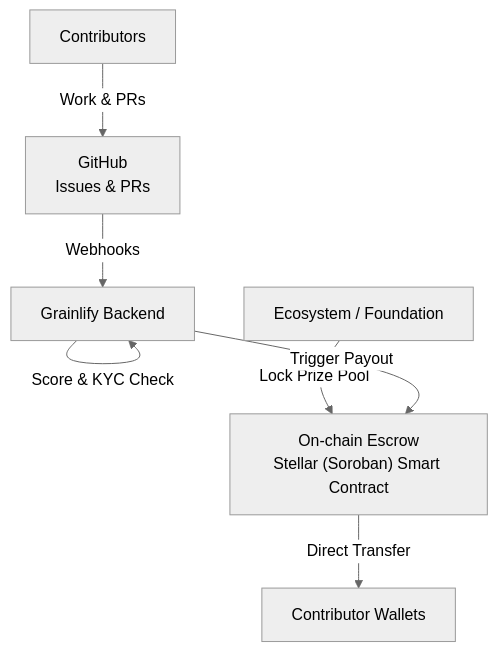
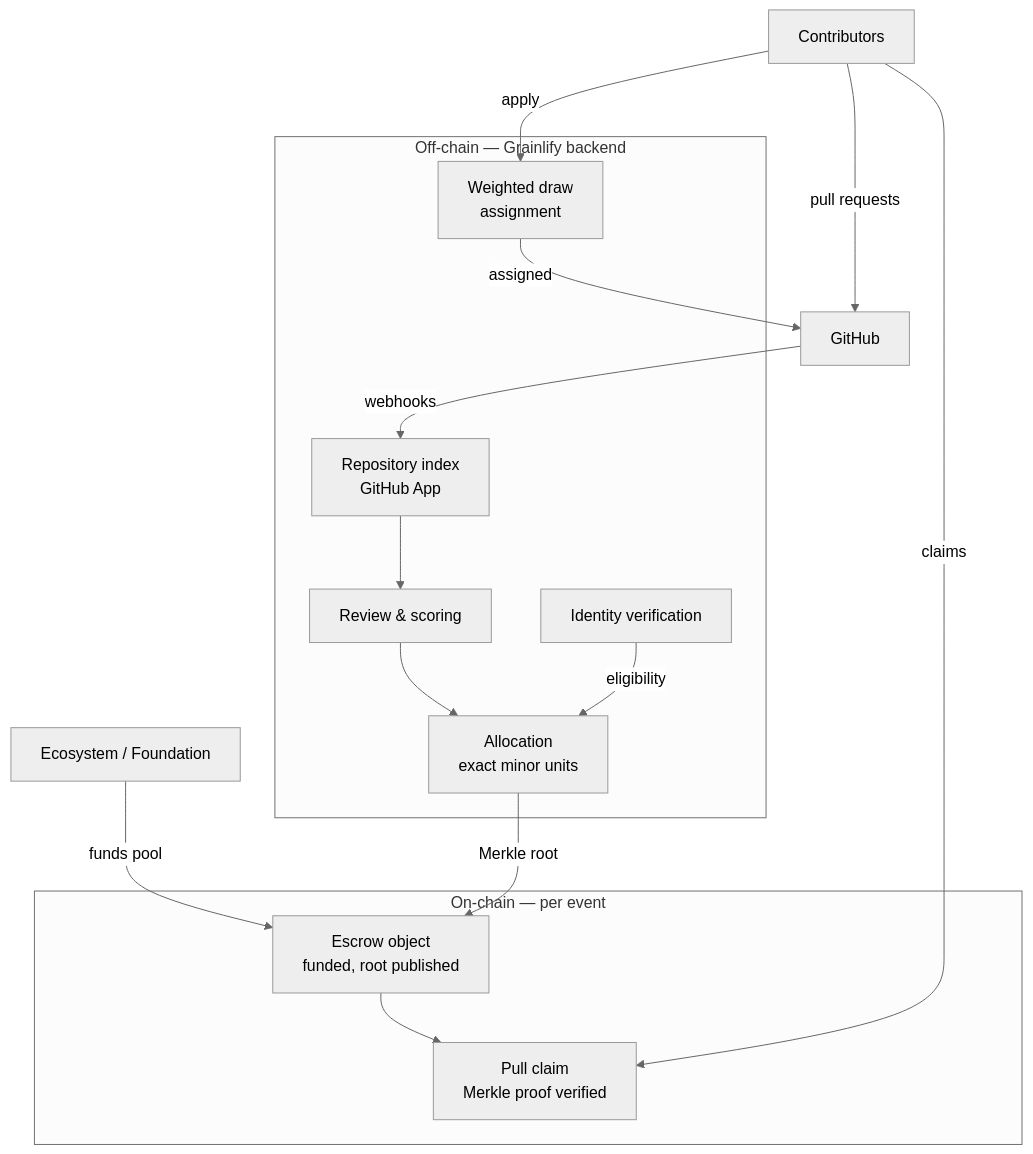
The first of 3 diagrams in profile/README.md (Grainlify/.github), drawn with Mermaid (neutral theme) before and after one commit. The commit also changed other lines of this file, not shown here.

````diff
--- a/profile/README.md
+++ b/profile/README.md
@@ -139,16 +62,30 @@
 ```mermaid
 flowchart TB
-    Ecosystem["Ecosystem / Foundation"]
-    Escrow["On-chain Escrow<br/>Stellar (Soroban) Smart Contract"]
-    Backend["Grainlify Backend"]
-    GitHub["GitHub<br/>Issues & PRs"]
-    Contributors["Contributors"]
-    Wallets["Contributor Wallets"]
+    subgraph chain["On-chain — per event"]
+        Escrow["Escrow object<br/>funded, root published"]
+        Claim["Pull claim<br/>Merkle proof verified"]
+    end
 
-    Ecosystem -->|"Lock Prize Pool"| Escrow
-    Contributors -->|"Work & PRs"| GitHub
-    GitHub -->|"Webhooks"| Backend
-    Backend -->|"Score & KYC Check"| Backend
-    Backend -->|"Trigger Payout"| Escrow
-    Escrow -->|"Direct Transfer"| Wallets
+    subgraph off["Off-chain — Grainlify backend"]
+        Index["Repository index<br/>GitHub App"]
+        Draw["Weighted draw<br/>assignment"]
+        Judge["Review &amp; scoring"]
+        Compute["Allocation<br/>exact minor units"]
+        KYC["Identity verification"]
+    end
+
+    Funder["Ecosystem / Foundation"]
+    GH["GitHub"]
+    Contrib["Contributors"]
+
+    Funder -->|"funds pool"| Escrow
+    GH -->|"webhooks"| Index
+    Contrib -->|"apply"| Draw
+    Draw -->|"assigned"| GH
+    Contrib -->|"pull requests"| GH
+    Index --> Judge --> Compute
+    KYC -->|"eligibility"| Compute
+    Compute -->|"Merkle root"| Escrow
+    Escrow --> Claim
+    Contrib -->|"claims"| Claim
 ```
````
